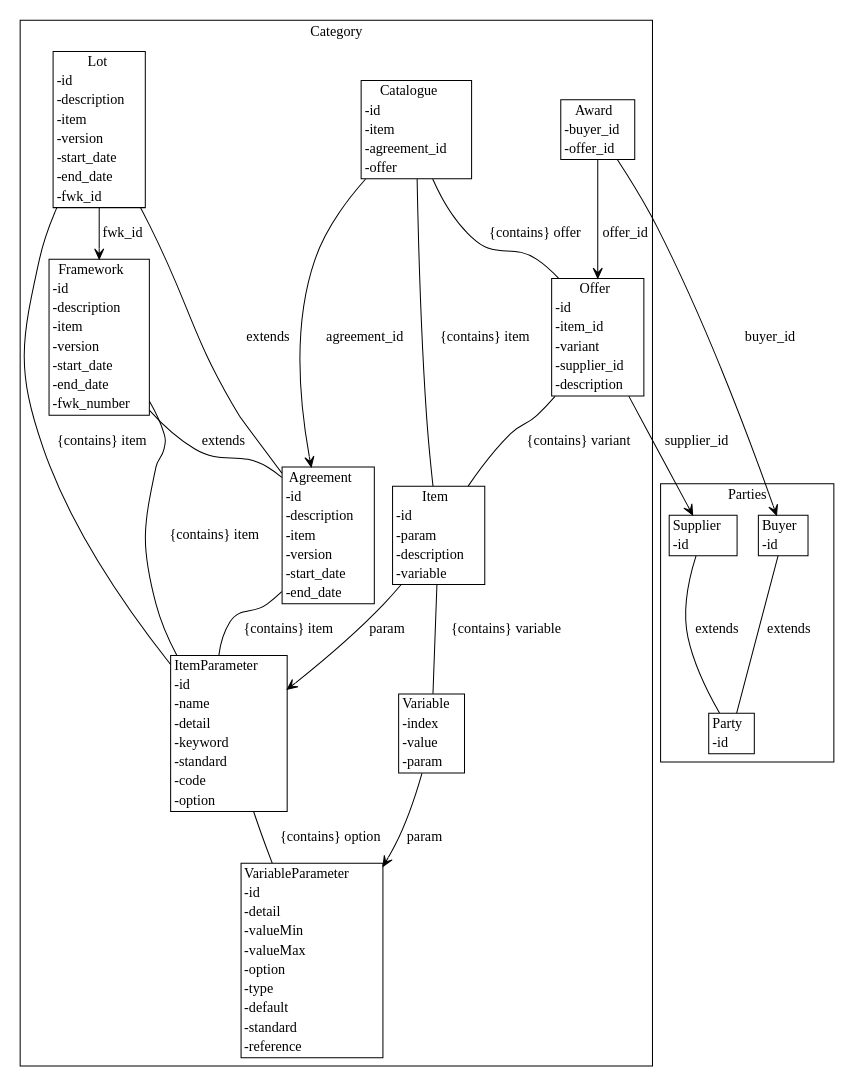
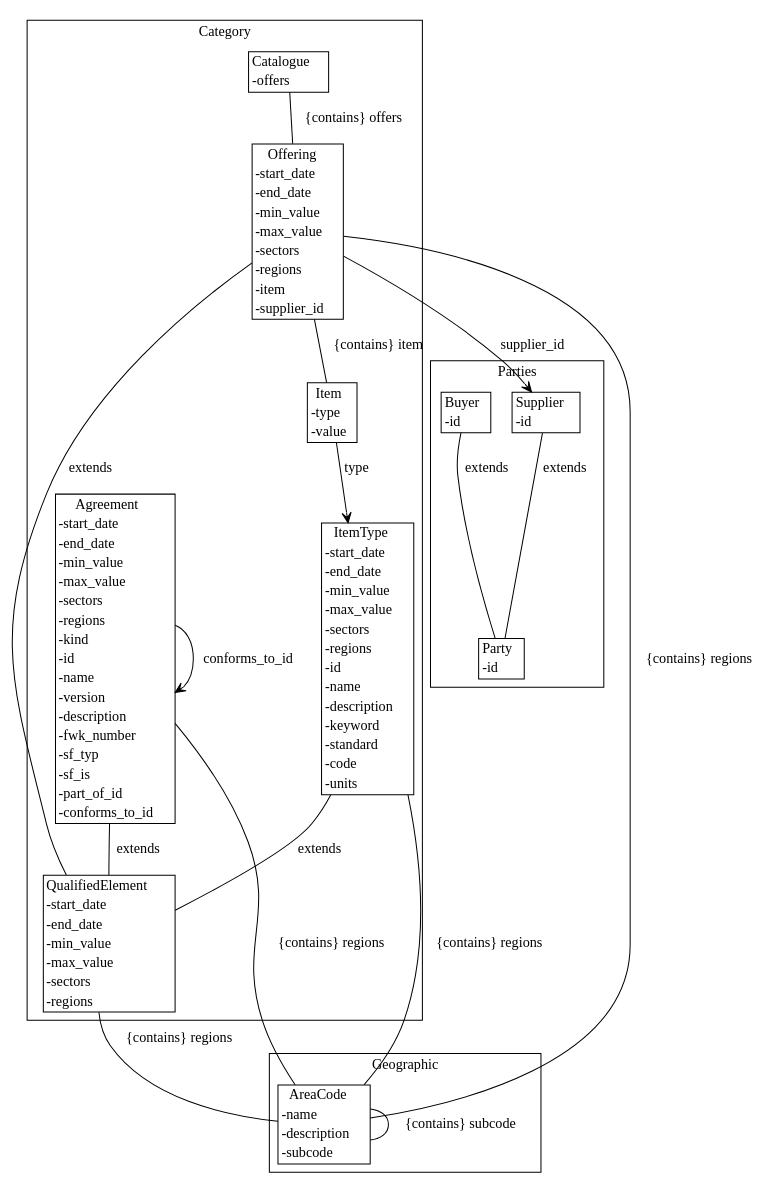
The diagram in agreement-design/gen/diagrams/data_model.dot (Crown-Commercial-Service/cmp-design-prototype), drawn with Graphviz before and after one commit. The commit also changed 15 other files, not shown here.

```diff
--- a/agreement-design/gen/diagrams/data_model.dot
+++ b/agreement-design/gen/diagrams/data_model.dot
@@ -1,44 +1,40 @@
 strict digraph {
 subgraph cluster_Category {
 node [shape=plaintext margin=0];
 label=Category;
-"VariableParameter" [label=<<table BORDER="1" CELLBORDER="0" CELLSPACING="0"><TH><TD>VariableParameter</TD></TH><TR><TD ALIGN="LEFT">-id</TD></TR><TR><TD ALIGN="LEFT">-detail</TD></TR><TR><TD ALIGN="LEFT">-valueMin</TD></TR><TR><TD ALIGN="LEFT">-valueMax</TD></TR><TR><TD ALIGN="LEFT">-option</TD></TR><TR><TD ALIGN="LEFT">-type</TD></TR><TR><TD ALIGN="LEFT">-default</TD></TR><TR><TD ALIGN="LEFT">-standard</TD></TR><TR><TD ALIGN="LEFT">-reference</TD></TR></table>>];
-"ItemParameter" [label=<<table BORDER="1" CELLBORDER="0" CELLSPACING="0"><TH><TD>ItemParameter</TD></TH><TR><TD ALIGN="LEFT">-id</TD></TR><TR><TD ALIGN="LEFT">-name</TD></TR><TR><TD ALIGN="LEFT">-detail</TD></TR><TR><TD ALIGN="LEFT">-keyword</TD></TR><TR><TD ALIGN="LEFT">-standard</TD></TR><TR><TD ALIGN="LEFT">-code</TD></TR><TR><TD ALIGN="LEFT">-option</TD></TR></table>>];
-"Agreement" [label=<<table BORDER="1" CELLBORDER="0" CELLSPACING="0"><TH><TD>Agreement</TD></TH><TR><TD ALIGN="LEFT">-id</TD></TR><TR><TD ALIGN="LEFT">-description</TD></TR><TR><TD ALIGN="LEFT">-item</TD></TR><TR><TD ALIGN="LEFT">-version</TD></TR><TR><TD ALIGN="LEFT">-start_date</TD></TR><TR><TD ALIGN="LEFT">-end_date</TD></TR></table>>];
-"Framework" [label=<<table BORDER="1" CELLBORDER="0" CELLSPACING="0"><TH><TD>Framework</TD></TH><TR><TD ALIGN="LEFT">-id</TD></TR><TR><TD ALIGN="LEFT">-description</TD></TR><TR><TD ALIGN="LEFT">-item</TD></TR><TR><TD ALIGN="LEFT">-version</TD></TR><TR><TD ALIGN="LEFT">-start_date</TD></TR><TR><TD ALIGN="LEFT">-end_date</TD></TR><TR><TD ALIGN="LEFT">-fwk_number</TD></TR></table>>];
-"Lot" [label=<<table BORDER="1" CELLBORDER="0" CELLSPACING="0"><TH><TD>Lot</TD></TH><TR><TD ALIGN="LEFT">-id</TD></TR><TR><TD ALIGN="LEFT">-description</TD></TR><TR><TD ALIGN="LEFT">-item</TD></TR><TR><TD ALIGN="LEFT">-version</TD></TR><TR><TD ALIGN="LEFT">-start_date</TD></TR><TR><TD ALIGN="LEFT">-end_date</TD></TR><TR><TD ALIGN="LEFT">-fwk_id</TD></TR></table>>];
-"Variable" [label=<<table BORDER="1" CELLBORDER="0" CELLSPACING="0"><TH><TD>Variable</TD></TH><TR><TD ALIGN="LEFT">-index</TD></TR><TR><TD ALIGN="LEFT">-value</TD></TR><TR><TD ALIGN="LEFT">-param</TD></TR></table>>];
-"Item" [label=<<table BORDER="1" CELLBORDER="0" CELLSPACING="0"><TH><TD>Item</TD></TH><TR><TD ALIGN="LEFT">-id</TD></TR><TR><TD ALIGN="LEFT">-param</TD></TR><TR><TD ALIGN="LEFT">-description</TD></TR><TR><TD ALIGN="LEFT">-variable</TD></TR></table>>];
-"Offer" [label=<<table BORDER="1" CELLBORDER="0" CELLSPACING="0"><TH><TD>Offer</TD></TH><TR><TD ALIGN="LEFT">-id</TD></TR><TR><TD ALIGN="LEFT">-item_id</TD></TR><TR><TD ALIGN="LEFT">-variant</TD></TR><TR><TD ALIGN="LEFT">-supplier_id</TD></TR><TR><TD ALIGN="LEFT">-description</TD></TR></table>>];
-"Catalogue" [label=<<table BORDER="1" CELLBORDER="0" CELLSPACING="0"><TH><TD>Catalogue</TD></TH><TR><TD ALIGN="LEFT">-id</TD></TR><TR><TD ALIGN="LEFT">-item</TD></TR><TR><TD ALIGN="LEFT">-agreement_id</TD></TR><TR><TD ALIGN="LEFT">-offer</TD></TR></table>>];
-"Award" [label=<<table BORDER="1" CELLBORDER="0" CELLSPACING="0"><TH><TD>Award</TD></TH><TR><TD ALIGN="LEFT">-buyer_id</TD></TR><TR><TD ALIGN="LEFT">-offer_id</TD></TR></table>>];
+"QualifiedElement" [label=<<table BORDER="1" CELLBORDER="0" CELLSPACING="0"><TH><TD>QualifiedElement</TD></TH><TR><TD ALIGN="LEFT">-start_date</TD></TR><TR><TD ALIGN="LEFT">-end_date</TD></TR><TR><TD ALIGN="LEFT">-min_value</TD></TR><TR><TD ALIGN="LEFT">-max_value</TD></TR><TR><TD ALIGN="LEFT">-sectors</TD></TR><TR><TD ALIGN="LEFT">-regions</TD></TR></table>>];
+"Agreement" [label=<<table BORDER="1" CELLBORDER="0" CELLSPACING="0"><TH><TD>Agreement</TD></TH><TR><TD ALIGN="LEFT">-start_date</TD></TR><TR><TD ALIGN="LEFT">-end_date</TD></TR><TR><TD ALIGN="LEFT">-min_value</TD></TR><TR><TD ALIGN="LEFT">-max_value</TD></TR><TR><TD ALIGN="LEFT">-sectors</TD></TR><TR><TD ALIGN="LEFT">-regions</TD></TR><TR><TD ALIGN="LEFT">-kind</TD></TR><TR><TD ALIGN="LEFT">-id</TD></TR><TR><TD ALIGN="LEFT">-name</TD></TR><TR><TD ALIGN="LEFT">-version</TD></TR><TR><TD ALIGN="LEFT">-description</TD></TR><TR><TD ALIGN="LEFT">-fwk_number</TD></TR><TR><TD ALIGN="LEFT">-sf_typ</TD></TR><TR><TD ALIGN="LEFT">-sf_is</TD></TR><TR><TD ALIGN="LEFT">-part_of_id</TD></TR><TR><TD ALIGN="LEFT">-conforms_to_id</TD></TR></table>>];
+"ItemType" [label=<<table BORDER="1" CELLBORDER="0" CELLSPACING="0"><TH><TD>ItemType</TD></TH><TR><TD ALIGN="LEFT">-start_date</TD></TR><TR><TD ALIGN="LEFT">-end_date</TD></TR><TR><TD ALIGN="LEFT">-min_value</TD></TR><TR><TD ALIGN="LEFT">-max_value</TD></TR><TR><TD ALIGN="LEFT">-sectors</TD></TR><TR><TD ALIGN="LEFT">-regions</TD></TR><TR><TD ALIGN="LEFT">-id</TD></TR><TR><TD ALIGN="LEFT">-name</TD></TR><TR><TD ALIGN="LEFT">-description</TD></TR><TR><TD ALIGN="LEFT">-keyword</TD></TR><TR><TD ALIGN="LEFT">-standard</TD></TR><TR><TD ALIGN="LEFT">-code</TD></TR><TR><TD ALIGN="LEFT">-units</TD></TR></table>>];
+"Item" [label=<<table BORDER="1" CELLBORDER="0" CELLSPACING="0"><TH><TD>Item</TD></TH><TR><TD ALIGN="LEFT">-type</TD></TR><TR><TD ALIGN="LEFT">-value</TD></TR></table>>];
+"Offering" [label=<<table BORDER="1" CELLBORDER="0" CELLSPACING="0"><TH><TD>Offering</TD></TH><TR><TD ALIGN="LEFT">-start_date</TD></TR><TR><TD ALIGN="LEFT">-end_date</TD></TR><TR><TD ALIGN="LEFT">-min_value</TD></TR><TR><TD ALIGN="LEFT">-max_value</TD></TR><TR><TD ALIGN="LEFT">-sectors</TD></TR><TR><TD ALIGN="LEFT">-regions</TD></TR><TR><TD ALIGN="LEFT">-item</TD></TR><TR><TD ALIGN="LEFT">-supplier_id</TD></TR></table>>];
+"Catalogue" [label=<<table BORDER="1" CELLBORDER="0" CELLSPACING="0"><TH><TD>Catalogue</TD></TH><TR><TD ALIGN="LEFT">-offers</TD></TR></table>>];
 }
 subgraph cluster_Parties {
 node [shape=plaintext margin=0];
 label=Parties;
 "Party" [label=<<table BORDER="1" CELLBORDER="0" CELLSPACING="0"><TH><TD>Party</TD></TH><TR><TD ALIGN="LEFT">-id</TD></TR></table>>];
 "Supplier" [label=<<table BORDER="1" CELLBORDER="0" CELLSPACING="0"><TH><TD>Supplier</TD></TH><TR><TD ALIGN="LEFT">-id</TD></TR></table>>];
 "Buyer" [label=<<table BORDER="1" CELLBORDER="0" CELLSPACING="0"><TH><TD>Buyer</TD></TH><TR><TD ALIGN="LEFT">-id</TD></TR></table>>];
 }
-"ItemParameter" -> "VariableParameter" [label="{contains} detail" arrowhead = "none" arrowtail = "diamond" ];
-"ItemParameter" -> "VariableParameter" [label="{contains} option" arrowhead = "none" arrowtail = "diamond" ];
-"Agreement" -> "ItemParameter" [label="{contains} item" arrowhead = "none" arrowtail = "diamond" ];
-"Framework" -> "Agreement" [label="extends" arrowhead = "none" arrowtail = "normal" ];
-"Framework" -> "ItemParameter" [label="{contains} item" arrowhead = "none" arrowtail = "diamond" ];
-"Lot" -> "Agreement" [label="extends" arrowhead = "none" arrowtail = "normal" ];
-"Lot" -> "ItemParameter" [label="{contains} item" arrowhead = "none" arrowtail = "diamond" ];
-"Lot" -> "Framework" [label="fwk_id" arrowhead = "open" arrowtail = "none" ];
-"Variable" -> "VariableParameter" [label="param" arrowhead = "open" arrowtail = "none" ];
-"Item" -> "ItemParameter" [label="param" arrowhead = "open" arrowtail = "none" ];
-"Item" -> "Variable" [label="{contains} variable" arrowhead = "none" arrowtail = "diamond" ];
-"Offer" -> "Item" [label="item_id" arrowhead = "open" arrowtail = "none" ];
-"Offer" -> "Item" [label="{contains} variant" arrowhead = "none" arrowtail = "diamond" ];
-"Offer" -> "Supplier" [label="supplier_id" arrowhead = "open" arrowtail = "none" ];
-"Catalogue" -> "Item" [label="{contains} item" arrowhead = "none" arrowtail = "diamond" ];
-"Catalogue" -> "Agreement" [label="agreement_id" arrowhead = "open" arrowtail = "none" ];
-"Catalogue" -> "Offer" [label="{contains} offer" arrowhead = "none" arrowtail = "diamond" ];
-"Award" -> "Buyer" [label="buyer_id" arrowhead = "open" arrowtail = "none" ];
-"Award" -> "Offer" [label="offer_id" arrowhead = "open" arrowtail = "none" ];
+subgraph cluster_Geographic {
+node [shape=plaintext margin=0];
+label=Geographic;
+"AreaCode" [label=<<table BORDER="1" CELLBORDER="0" CELLSPACING="0"><TH><TD>AreaCode</TD></TH><TR><TD ALIGN="LEFT">-name</TD></TR><TR><TD ALIGN="LEFT">-description</TD></TR><TR><TD ALIGN="LEFT">-subcode</TD></TR></table>>];
+}
+"QualifiedElement" -> "AreaCode" [label="{contains} regions" arrowhead = "none" arrowtail = "diamond" ];
+"Agreement" -> "QualifiedElement" [label="extends" arrowhead = "none" arrowtail = "normal" ];
+"Agreement" -> "AreaCode" [label="{contains} regions" arrowhead = "none" arrowtail = "diamond" ];
+"Agreement" -> "Agreement" [label="part_of_id" arrowhead = "open" arrowtail = "none" ];
+"Agreement" -> "Agreement" [label="conforms_to_id" arrowhead = "open" arrowtail = "none" ];
+"ItemType" -> "QualifiedElement" [label="extends" arrowhead = "none" arrowtail = "normal" ];
+"ItemType" -> "AreaCode" [label="{contains} regions" arrowhead = "none" arrowtail = "diamond" ];
+"Item" -> "ItemType" [label="type" arrowhead = "open" arrowtail = "none" ];
+"Offering" -> "QualifiedElement" [label="extends" arrowhead = "none" arrowtail = "normal" ];
+"Offering" -> "AreaCode" [label="{contains} regions" arrowhead = "none" arrowtail = "diamond" ];
+"Offering" -> "Item" [label="{contains} item" arrowhead = "none" arrowtail = "diamond" ];
+"Offering" -> "Supplier" [label="supplier_id" arrowhead = "open" arrowtail = "none" ];
+"Catalogue" -> "Offering" [label="{contains} offers" arrowhead = "none" arrowtail = "diamond" ];
 "Supplier" -> "Party" [label="extends" arrowhead = "none" arrowtail = "normal" ];
 "Buyer" -> "Party" [label="extends" arrowhead = "none" arrowtail = "normal" ];
+"AreaCode" -> "AreaCode" [label="{contains} subcode" arrowhead = "none" arrowtail = "diamond" ];
 }
```
